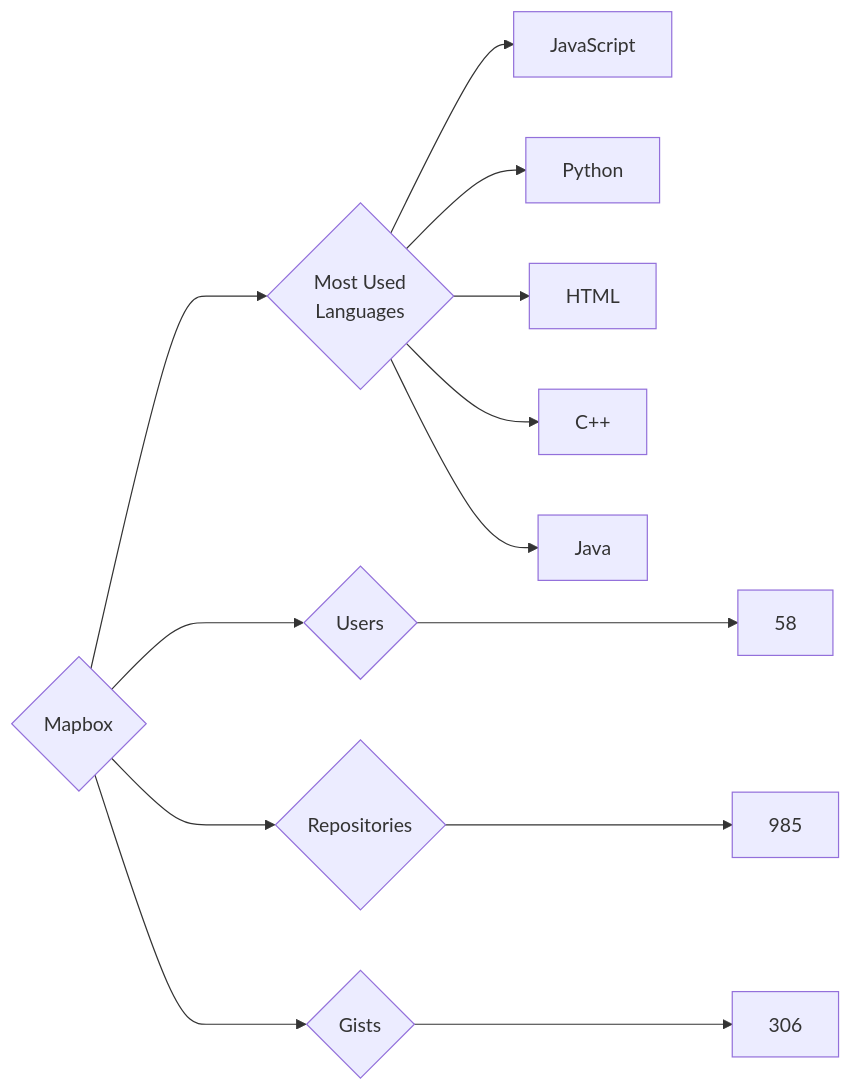
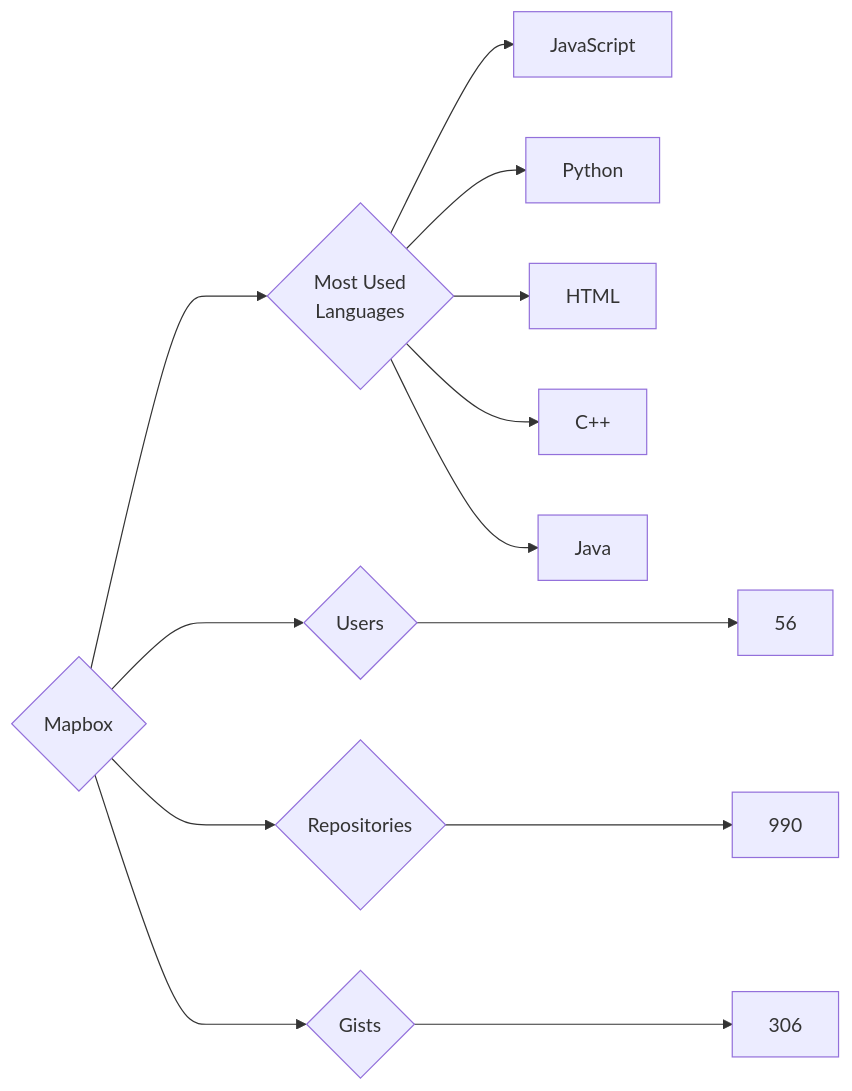
Before and after one commit to trickest/insiders: the diagram in targets/Mapbox/README.md, drawn with Mermaid. The commit also changed 927 other files, not shown here.

````diff
--- a/targets/Mapbox/README.md
+++ b/targets/Mapbox/README.md
@@ -3,13 +3,13 @@
 ```mermaid
 graph LR
 COMPANY_NAME{Mapbox}
-COMPANY_NAME ---> U{Users} ---> UN[58]
-COMPANY_NAME ---> R{Repositories} ---> RN[985]
+COMPANY_NAME ---> U{Users} ---> UN[56]
+COMPANY_NAME ---> R{Repositories} ---> RN[990]
 COMPANY_NAME ---> G{Gists} ---> GN[306]
 COMPANY_NAME ---> ML{Most Used<br>Languages}
 ML --> JavaScript[JavaScript]
 ML --> Python[Python]
 ML --> HTML[HTML]
 ML --> C++[C++]
 ML --> Java[Java]
 ```
````
